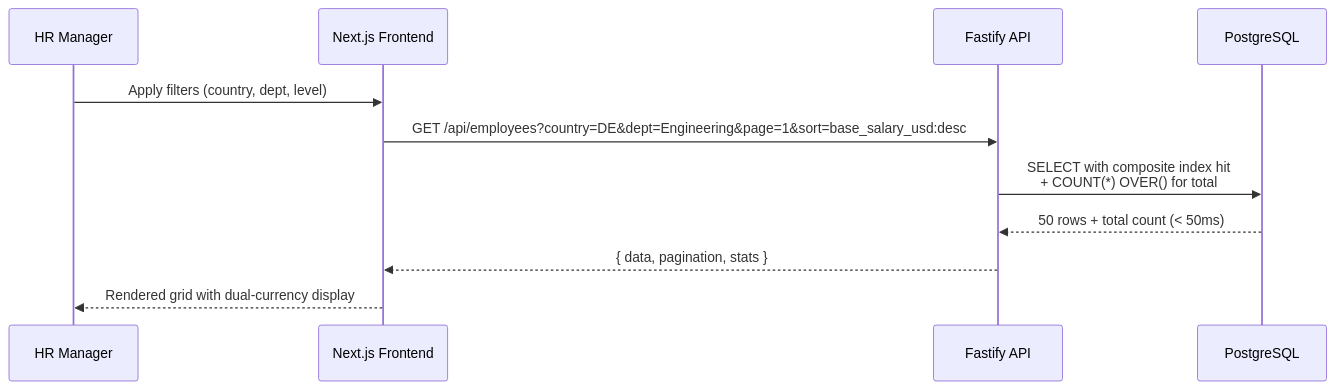
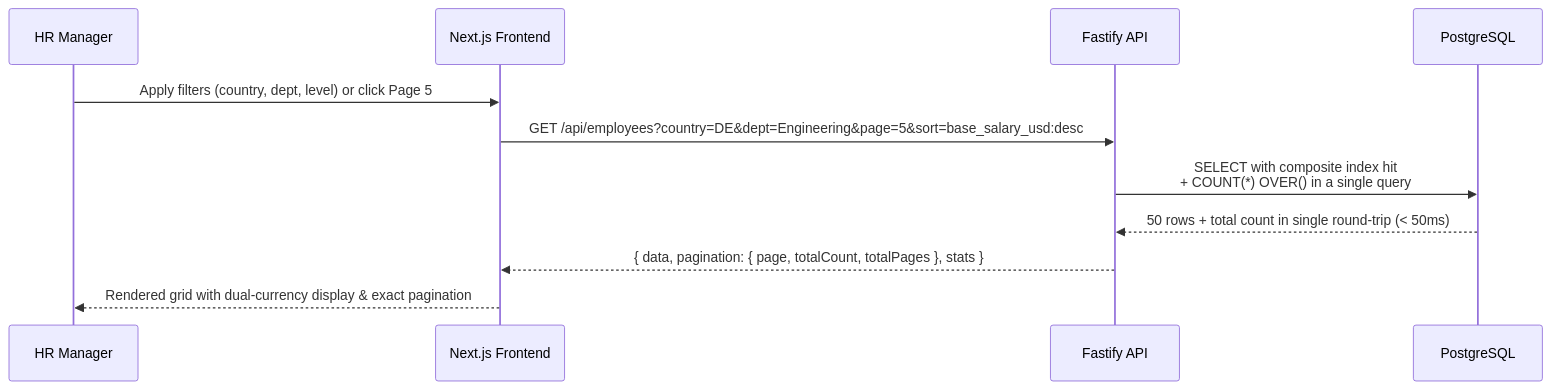
The second of 7 diagrams in docs/ARCHITECTURE.md (kiransbaliga/Incubyte-task), drawn with Mermaid before and after one commit. The commit also changed other lines of this file and 5 other files, not shown here.

````diff
--- a/docs/ARCHITECTURE.md
+++ b/docs/ARCHITECTURE.md
@@ -49,14 +49,14 @@
 ```mermaid
 sequenceDiagram
     participant HR as HR Manager
     participant UI as Next.js Frontend
     participant API as Fastify API
     participant DB as PostgreSQL
 
-    HR->>UI: Apply filters (country, dept, level)
-    UI->>API: GET /api/employees?country=DE&dept=Engineering&page=1&sort=base_salary_usd:desc
-    API->>DB: SELECT with composite index hit<br/>+ COUNT(*) OVER() for total
-    DB-->>API: 50 rows + total count (< 50ms)
-    API-->>UI: { data, pagination, stats }
-    UI-->>HR: Rendered grid with dual-currency display
+    HR->>UI: Apply filters (country, dept, level) or click Page 5
+    UI->>API: GET /api/employees?country=DE&dept=Engineering&page=5&sort=base_salary_usd:desc
+    API->>DB: SELECT with composite index hit<br/>+ COUNT(*) OVER() in a single query
+    DB-->>API: 50 rows + total count in single round-trip (< 50ms)
+    API-->>UI: { data, pagination: { page, totalCount, totalPages }, stats }
+    UI-->>HR: Rendered grid with dual-currency display & exact pagination
 ```
````
